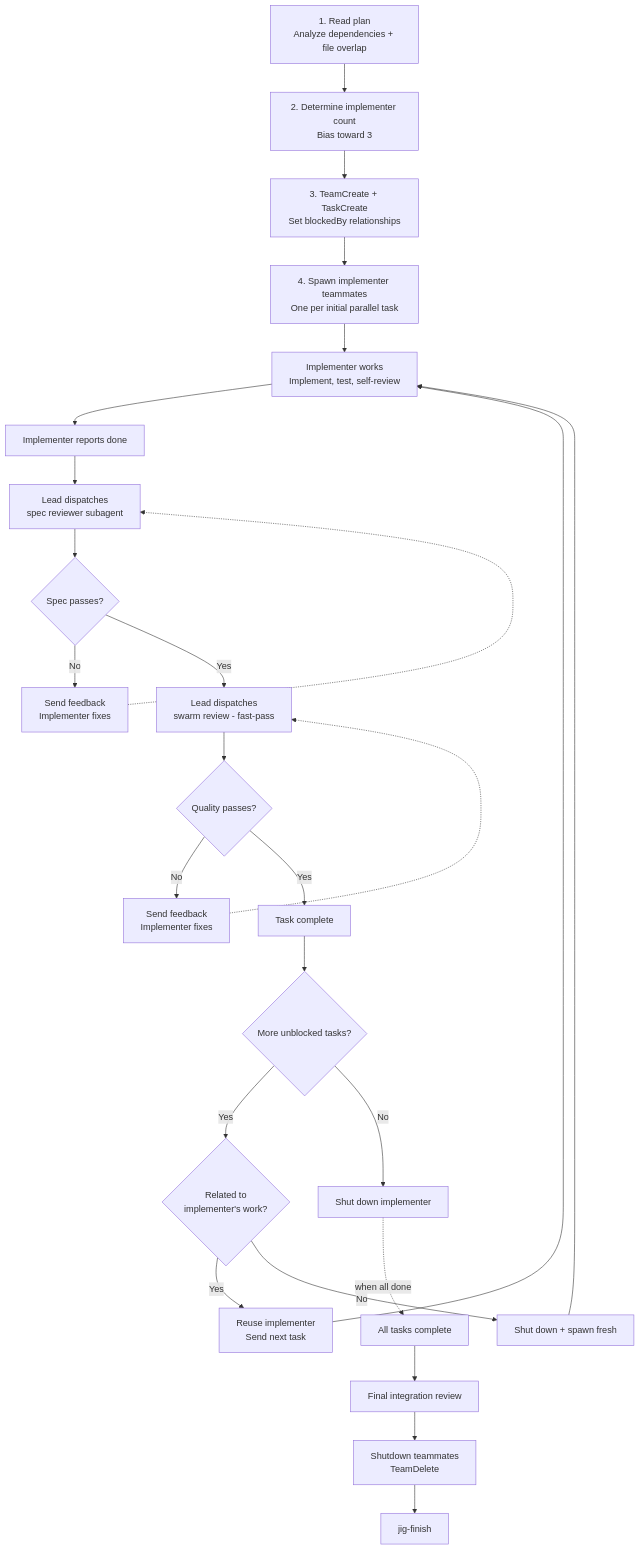
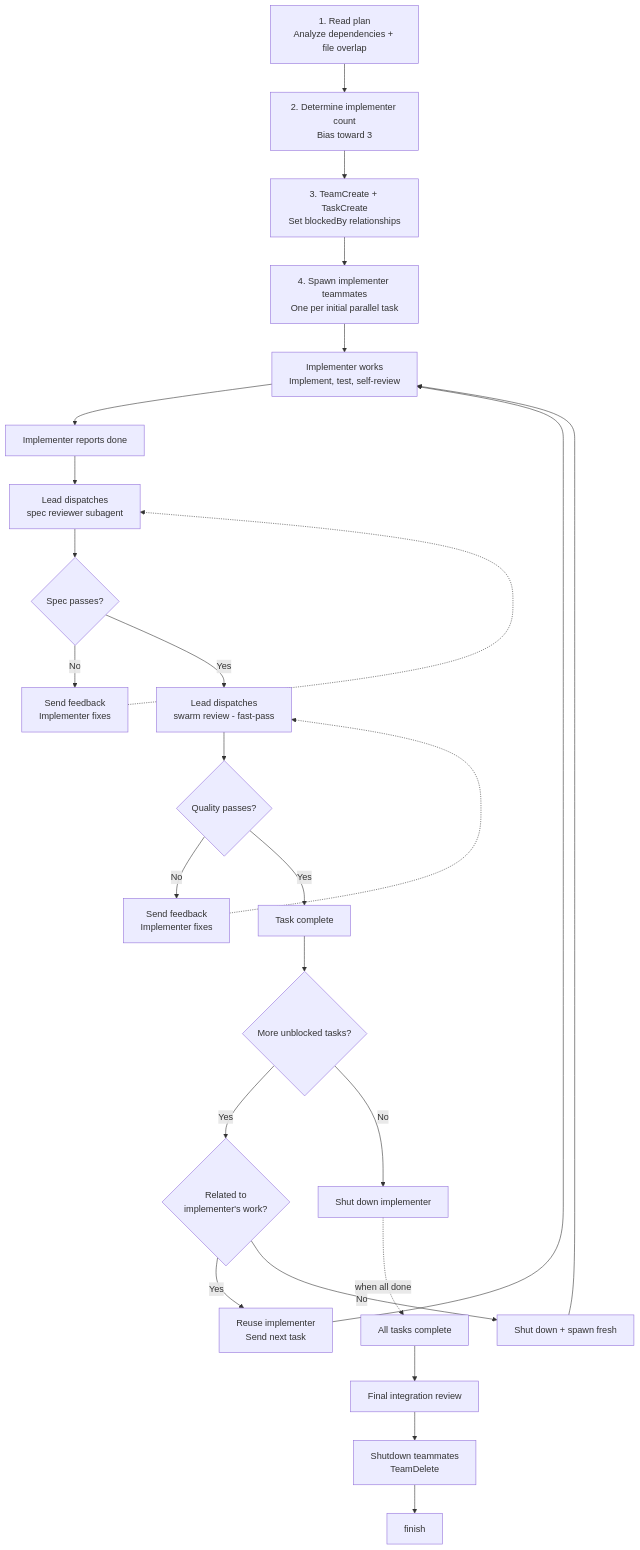
The second of 2 diagrams in core/skills/team-dev/SKILL.md (CasaPerks/casaflow), drawn with Mermaid before and after one commit. The commit also changed other lines of this file and 29 other files, not shown here.

````diff
--- a/core/skills/team-dev/SKILL.md
+++ b/core/skills/team-dev/SKILL.md
@@ -82,24 +82,24 @@
 ```mermaid
 flowchart TD
     read[1. Read plan<br/>Analyze dependencies + file overlap] --> count[2. Determine implementer count<br/>Bias toward 3]
     count --> create[3. TeamCreate + TaskCreate<br/>Set blockedBy relationships]
     create --> spawn[4. Spawn implementer teammates<br/>One per initial parallel task]
     spawn --> work[Implementer works<br/>Implement, test, self-review]
     work --> done[Implementer reports done]
     done --> spec[Lead dispatches<br/>spec reviewer subagent]
     spec --> spec_pass{Spec passes?}
     spec_pass -->|No| spec_fix[Send feedback<br/>Implementer fixes] -.-> spec
     spec_pass -->|Yes| quality[Lead dispatches<br/>swarm review - fast-pass]
     quality --> qual_pass{Quality passes?}
     qual_pass -->|No| qual_fix[Send feedback<br/>Implementer fixes] -.-> quality
     qual_pass -->|Yes| complete[Task complete]
     complete --> more{More unblocked tasks?}
     more -->|Yes| related{Related to<br/>implementer's work?}
     more -->|No| shutdown[Shut down implementer]
     related -->|Yes| reuse[Reuse implementer<br/>Send next task] --> work
     related -->|No| fresh[Shut down + spawn fresh] --> work
     shutdown -.->|when all done| all_done[All tasks complete]
     all_done --> integration[Final integration review]
     integration --> cleanup[Shutdown teammates<br/>TeamDelete]
-    cleanup --> finish[jig-finish]
+    cleanup --> finish[finish]
 ```
````
